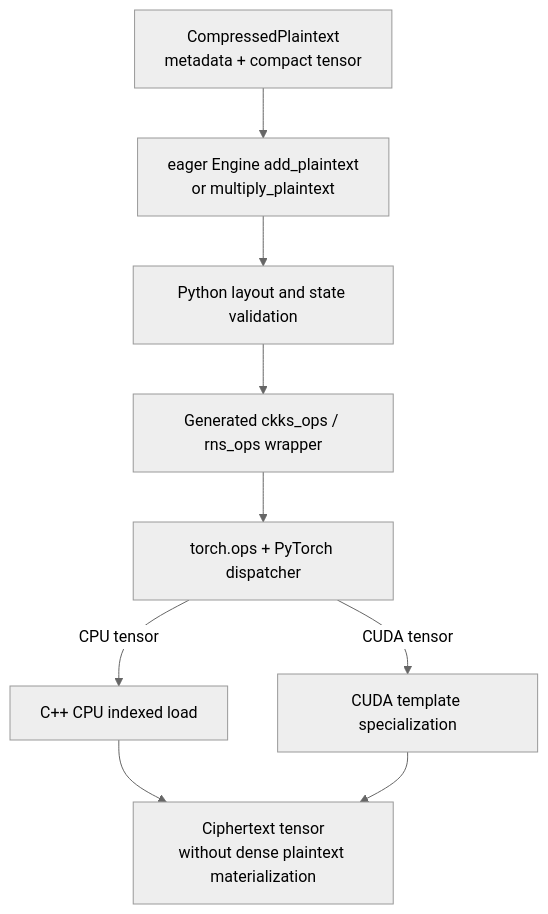
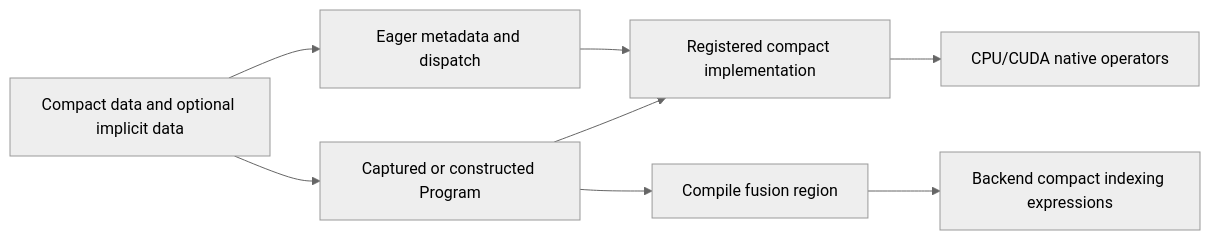
Before and after one commit to visualDust/fhelium: the diagram in docs/developer/compressed-plaintext-internals.md, drawn with Mermaid (neutral theme). The commit also changed other lines of this file and 426 other files, not shown here.

````diff
--- a/docs/developer/compressed-plaintext-internals.md
+++ b/docs/developer/compressed-plaintext-internals.md
@@ -13,15 +74,13 @@
 ```mermaid
-graph TB
-    VALUE[CompressedPlaintext<br/>metadata + compact tensor]
-    ENGINE[eager Engine add_plaintext<br/>or multiply_plaintext]
-    SELECT[Python layout and state validation]
-    WRAP[Generated ckks_ops / rns_ops wrapper]
-    DISP[torch.ops + PyTorch dispatcher]
-    CPU[C++ CPU indexed load]
-    CUDA[CUDA template specialization]
-    OUT[Ciphertext tensor<br/>without dense plaintext materialization]
-
-    VALUE --> ENGINE --> SELECT --> WRAP --> DISP
-    DISP -->|CPU tensor| CPU --> OUT
-    DISP -->|CUDA tensor| CUDA --> OUT
+flowchart LR
+    VALUE[Compact data and optional implicit data]
+    EAGER[Eager metadata and dispatch]
+    PROGRAM[Captured or constructed Program]
+    NATIVE[Registered compact implementation]
+    FUSION[Compile fusion region]
+    EXPR[Backend compact indexing expressions]
+    OPS[CPU/CUDA native operators]
+    VALUE --> EAGER --> NATIVE --> OPS
+    VALUE --> PROGRAM --> NATIVE
+    PROGRAM --> FUSION --> EXPR
 ```
````
